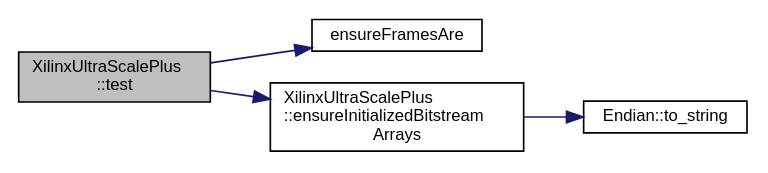
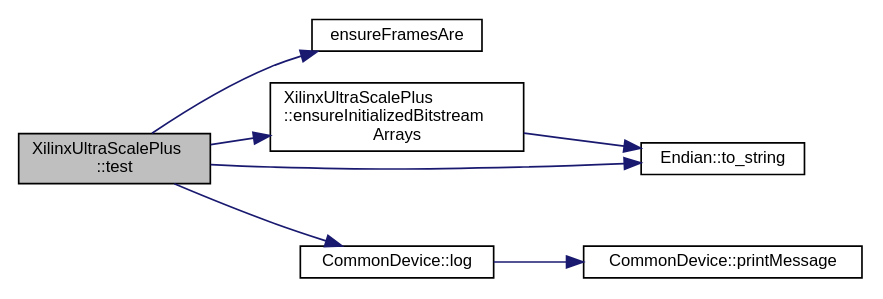
The diagram in classXilinxUltraScalePlus_a2598890121398b39d82ad1d14f947ecc_cgraph.dot (FPGA-Research-Manchester/byteman), drawn with Graphviz before and after one commit. The commit also changed 257 other files, not shown here.

```diff
--- a/classXilinxUltraScalePlus_a2598890121398b39d82ad1d14f947ecc_cgraph.dot
+++ b/classXilinxUltraScalePlus_a2598890121398b39d82ad1d14f947ecc_cgraph.dot
@@ -1,15 +1,20 @@
 digraph "XilinxUltraScalePlus::test"
 {
  // INTERACTIVE_SVG=YES
  // LATEX_PDF_SIZE
   edge [fontname="Helvetica",fontsize="10",labelfontname="Helvetica",labelfontsize="10"];
   node [fontname="Helvetica",fontsize="10",shape=record];
   rankdir="LR";
   Node1 [label="XilinxUltraScalePlus\l::test",height=0.2,width=0.4,color="black", fillcolor="grey75", style="filled", fontcolor="black",tooltip=" "];
   Node1 -> Node2 [color="midnightblue",fontsize="10",style="solid",fontname="Helvetica"];
   Node2 [label="ensureFramesAre",height=0.2,width=0.4,color="black", fillcolor="white", style="filled",URL="$inlineTest_8h.html#a38aadd629bd2ab8241e670ee8102dfc2",tooltip=" "];
   Node1 -> Node3 [color="midnightblue",fontsize="10",style="solid",fontname="Helvetica"];
   Node3 [label="XilinxUltraScalePlus\l::ensureInitializedBitstream\lArrays",height=0.2,width=0.4,color="black", fillcolor="white", style="filled",URL="$classXilinxUltraScalePlus.html#a96d1607f720750cee0905e331dce0353",tooltip=" "];
   Node3 -> Node4 [color="midnightblue",fontsize="10",style="solid",fontname="Helvetica"];
   Node4 [label="Endian::to_string",height=0.2,width=0.4,color="black", fillcolor="white", style="filled",URL="$namespaceEndian.html#ac9f4873f9a0c23291fa47d68dff6fbbc",tooltip=" "];
+  Node1 -> Node5 [color="midnightblue",fontsize="10",style="solid",fontname="Helvetica"];
+  Node5 [label="CommonDevice::log",height=0.2,width=0.4,color="black", fillcolor="white", style="filled",URL="$classCommonDevice.html#aa42337dfb4b5ff34a063c2145ab87478",tooltip=" "];
+  Node5 -> Node6 [color="midnightblue",fontsize="10",style="solid",fontname="Helvetica"];
+  Node6 [label="CommonDevice::printMessage",height=0.2,width=0.4,color="black", fillcolor="white", style="filled",URL="$classCommonDevice.html#af047ea6fd9b60bae9fcc94a7d8859657",tooltip=" "];
+  Node1 -> Node4 [color="midnightblue",fontsize="10",style="solid",fontname="Helvetica"];
 }
```
